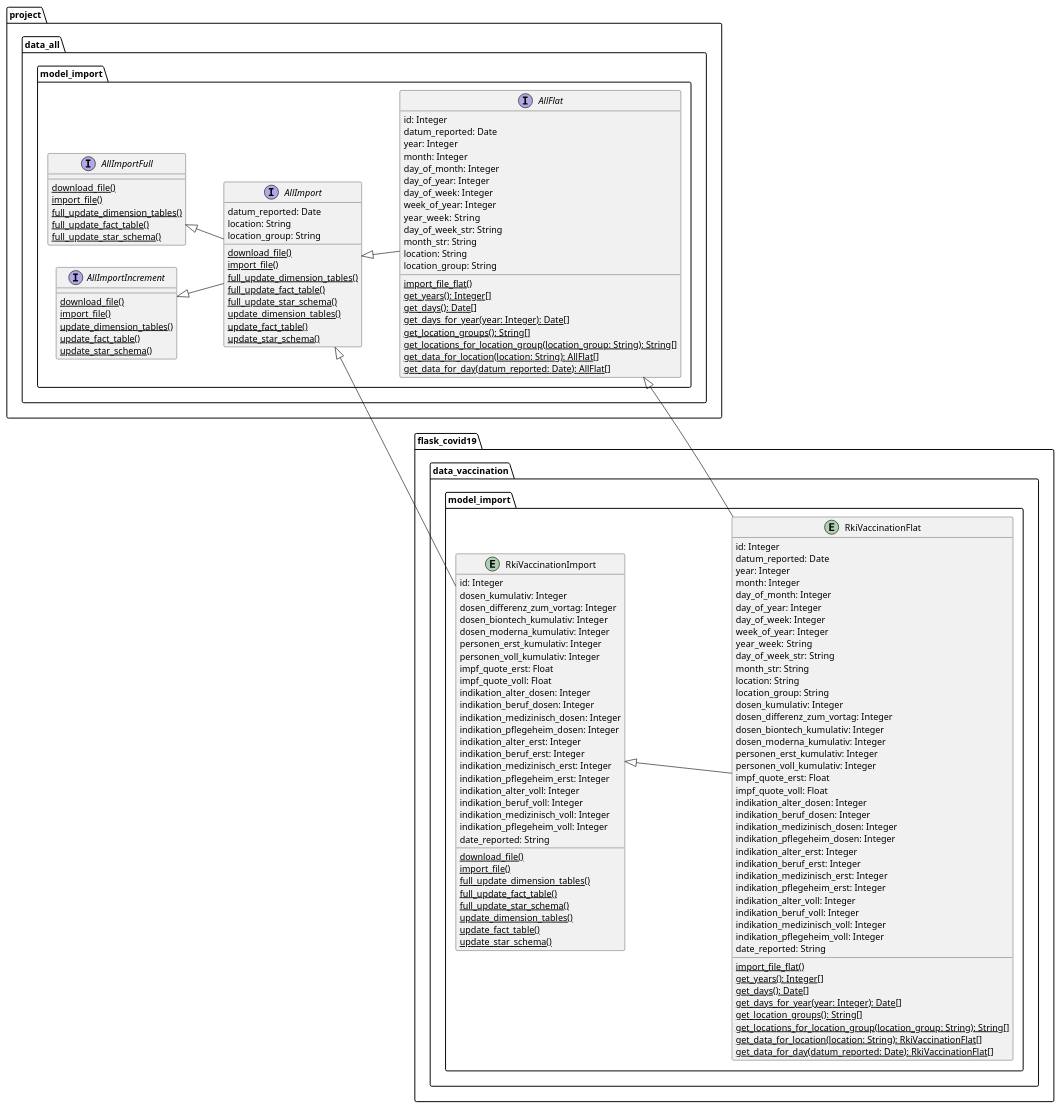
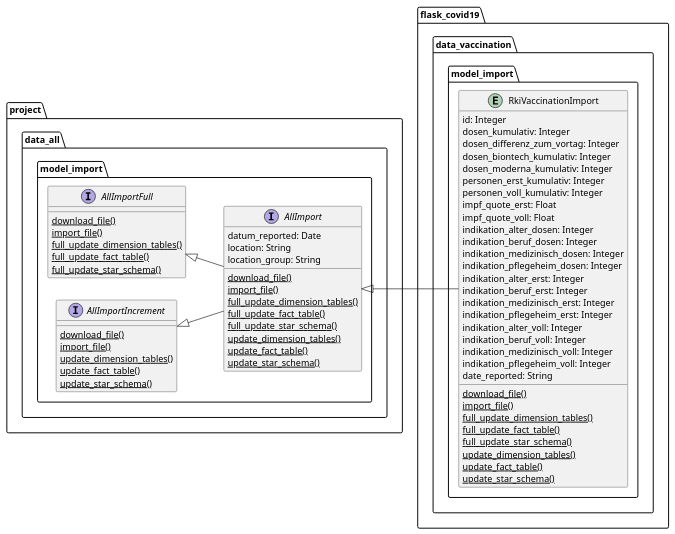
Before and after one commit to thomaswoehlke/flask_covid19: the diagram in docs/uml/data_vaccination/rki_vaccination_domain_model_import.puml, drawn with PlantUML. The commit also changed 23 other files, not shown here.

```diff
--- a/docs/uml/data_vaccination/rki_vaccination_domain_model_import.puml
+++ b/docs/uml/data_vaccination/rki_vaccination_domain_model_import.puml
@@ -1,148 +1,76 @@
 @startuml
 left to right direction
 
 package project.data_all.model_import {
 
 	interface AllImportFull {
 		{classifier} download_file()
 		{classifier} import_file()
 		{classifier} full_update_dimension_tables()
 		{classifier} full_update_fact_table()
 		{classifier} full_update_star_schema()
 	}
 
 	interface AllImportIncrement {
 		{classifier} download_file()
 		{classifier} import_file()
 		{classifier} update_dimension_tables()
 		{classifier} update_fact_table()
 		{classifier} update_star_schema()
 	}
 
 	interface AllImport {
 	    datum_reported: Date
 		location: String
 		location_group: String
 		{classifier} download_file()
 		{classifier} import_file()
 		{classifier} full_update_dimension_tables()
 		{classifier} full_update_fact_table()
 		{classifier} full_update_star_schema()
 		{classifier} update_dimension_tables()
 		{classifier} update_fact_table()
 		{classifier} update_star_schema()
-	}
-
-	interface AllFlat {
-	    id: Integer
-	    datum_reported: Date
-	    year: Integer
-	    month: Integer
-	    day_of_month: Integer
-		day_of_year: Integer
-	    day_of_week: Integer
-	    week_of_year: Integer
-	    year_week:  String
-	    day_of_week_str: String
-		month_str: String
-		location: String
-		location_group: String
-		{classifier} import_file_flat()
-		{classifier} get_years(): Integer[]
-		{classifier} get_days(): Date[]
-		{classifier} get_days_for_year(year: Integer): Date[]
-		{classifier} get_location_groups(): String[]
-		{classifier} get_locations_for_location_group(location_group: String): String[]
-		{classifier} get_data_for_location(location: String): AllFlat[]
-		{classifier} get_data_for_day(datum_reported: Date): AllFlat[]
 	}
 }
 
 package flask_covid19.data_vaccination.model_import {
 
 	entity RkiVaccinationImport {
 	    id: Integer
 	    dosen_kumulativ: Integer
 	    dosen_differenz_zum_vortag: Integer
 	    dosen_biontech_kumulativ: Integer
 	    dosen_moderna_kumulativ: Integer
 	    personen_erst_kumulativ: Integer
 	    personen_voll_kumulativ: Integer
 	    impf_quote_erst: Float
 	    impf_quote_voll: Float
 	    indikation_alter_dosen: Integer
 	    indikation_beruf_dosen: Integer
 	    indikation_medizinisch_dosen: Integer
 	    indikation_pflegeheim_dosen: Integer
 	    indikation_alter_erst: Integer
 	    indikation_beruf_erst: Integer
 	    indikation_medizinisch_erst: Integer
 	    indikation_pflegeheim_erst: Integer
 	    indikation_alter_voll: Integer
 	    indikation_beruf_voll: Integer
 	    indikation_medizinisch_voll: Integer
 	    indikation_pflegeheim_voll: Integer
 	    date_reported: String
 		{classifier} download_file()
 		{classifier} import_file()
 		{classifier} full_update_dimension_tables()
 		{classifier} full_update_fact_table()
 		{classifier} full_update_star_schema()
 		{classifier} update_dimension_tables()
 		{classifier} update_fact_table()
 		{classifier} update_star_schema()
 	}
-
-	entity RkiVaccinationFlat {
-	    id: Integer
-	    datum_reported: Date
-	    year: Integer
-	    month: Integer
-	    day_of_month: Integer
-		day_of_year: Integer
-	    day_of_week: Integer
-	    week_of_year: Integer
-	    year_week:  String
-	    day_of_week_str: String
-		month_str: String
-		location: String
-		location_group: String
-	    dosen_kumulativ: Integer
-	    dosen_differenz_zum_vortag: Integer
-	    dosen_biontech_kumulativ: Integer
-	    dosen_moderna_kumulativ: Integer
-	    personen_erst_kumulativ: Integer
-	    personen_voll_kumulativ: Integer
-	    impf_quote_erst: Float
-	    impf_quote_voll: Float
-	    indikation_alter_dosen: Integer
-	    indikation_beruf_dosen: Integer
-	    indikation_medizinisch_dosen: Integer
-	    indikation_pflegeheim_dosen: Integer
-	    indikation_alter_erst: Integer
-	    indikation_beruf_erst: Integer
-	    indikation_medizinisch_erst: Integer
-	    indikation_pflegeheim_erst: Integer
-	    indikation_alter_voll: Integer
-	    indikation_beruf_voll: Integer
-	    indikation_medizinisch_voll: Integer
-	    indikation_pflegeheim_voll: Integer
-	    date_reported: String
-		{classifier} import_file_flat()
-		{classifier} get_years(): Integer[]
-		{classifier} get_days(): Date[]
-		{classifier} get_days_for_year(year: Integer): Date[]
-		{classifier} get_location_groups(): String[]
-		{classifier} get_locations_for_location_group(location_group: String): String[]
-		{classifier} get_data_for_location(location: String): RkiVaccinationFlat[]
-		{classifier} get_data_for_day(datum_reported: Date): RkiVaccinationFlat[]
-	}
 }
 
 AllImportFull <|-- AllImport
 AllImportIncrement <|-- AllImport
-AllImport <|-- AllFlat
 AllImport <|-- RkiVaccinationImport
-AllFlat <|-- RkiVaccinationFlat
-RkiVaccinationImport <|-- RkiVaccinationFlat
 @enduml
```
